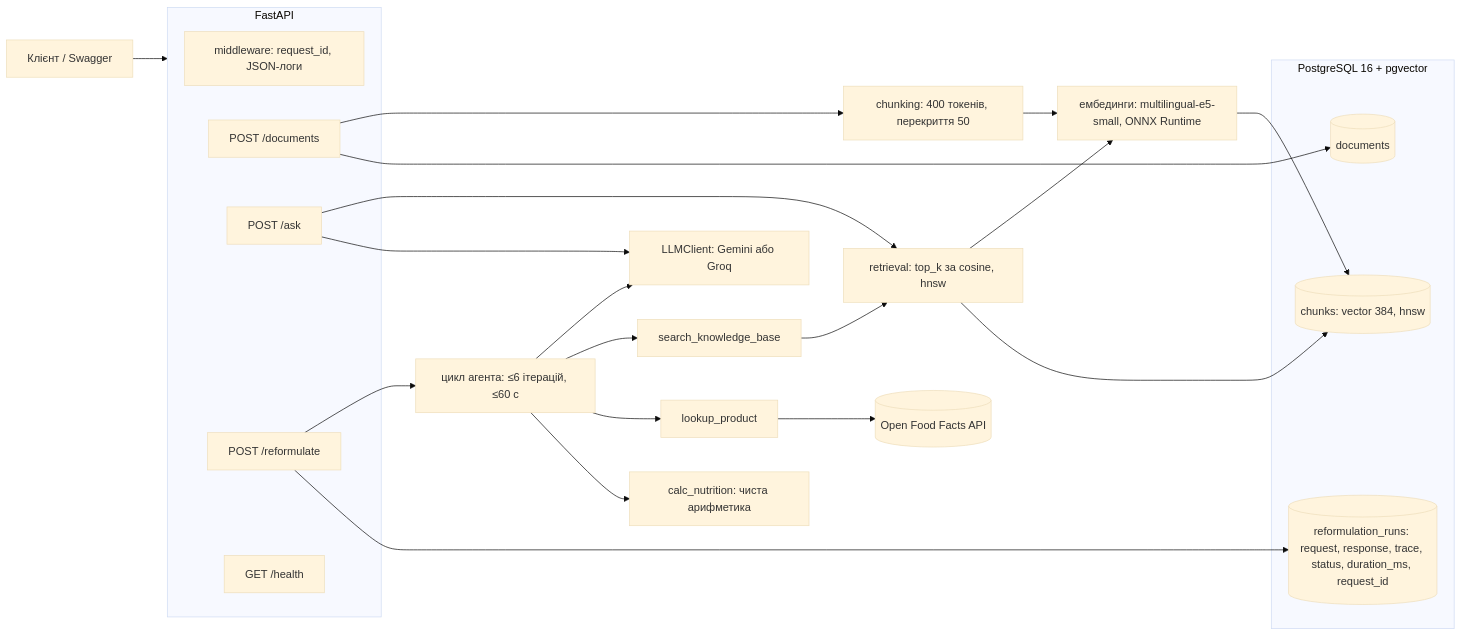
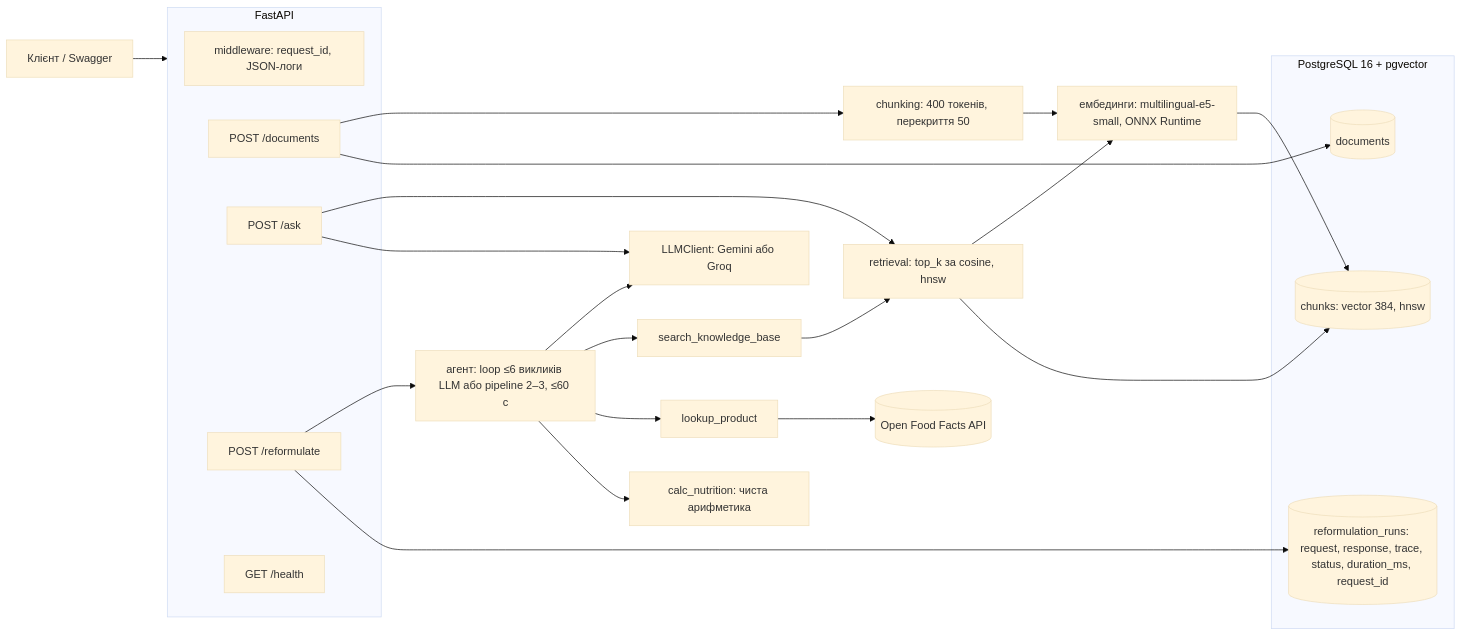
The diagram in README.md (Nikita-tg-python/reformulation-assistant), drawn with Mermaid (base theme) before and after one commit. The commit also changed other lines of this file and 11 other files, not shown here.

First line of the commit message:
KAN-18: фіксований пайплайн агента (AGENT_MODE=pipeline) + README з живим trace

````diff
--- a/README.md
+++ b/README.md
@@ -17,37 +17,37 @@
 ```mermaid
 flowchart LR
     U[Клієнт / Swagger] --> API
 
     subgraph API[FastAPI]
         MW[middleware: request_id, JSON-логи]
         D[POST /documents]
         A[POST /ask]
         R[POST /reformulate]
         H[GET /health]
     end
 
     D --> CH[chunking: 400 токенів, перекриття 50]
     CH --> EMB[ембединги: multilingual-e5-small, ONNX Runtime]
     A --> RET[retrieval: top_k за cosine, hnsw]
     RET --> EMB
     A --> LLM[LLMClient: Gemini або Groq]
 
-    R --> AG[цикл агента: ≤6 ітерацій, ≤60 с]
+    R --> AG[агент: loop ≤6 викликів LLM або pipeline 2–3, ≤60 с]
     AG --> LLM
     AG --> T1[search_knowledge_base]
     AG --> T2[lookup_product]
     AG --> T3[calc_nutrition: чиста арифметика]
     T1 --> RET
     T2 --> OFF[(Open Food Facts API)]
 
     subgraph PG[PostgreSQL 16 + pgvector]
         DOCS[(documents)]
         CHUNKS[(chunks: vector 384, hnsw)]
         RUNS[(reformulation_runs: request, response, trace, status, duration_ms, request_id)]
     end
 
     EMB --> CHUNKS
     D --> DOCS
     RET --> CHUNKS
     R --> RUNS
 ```
````
